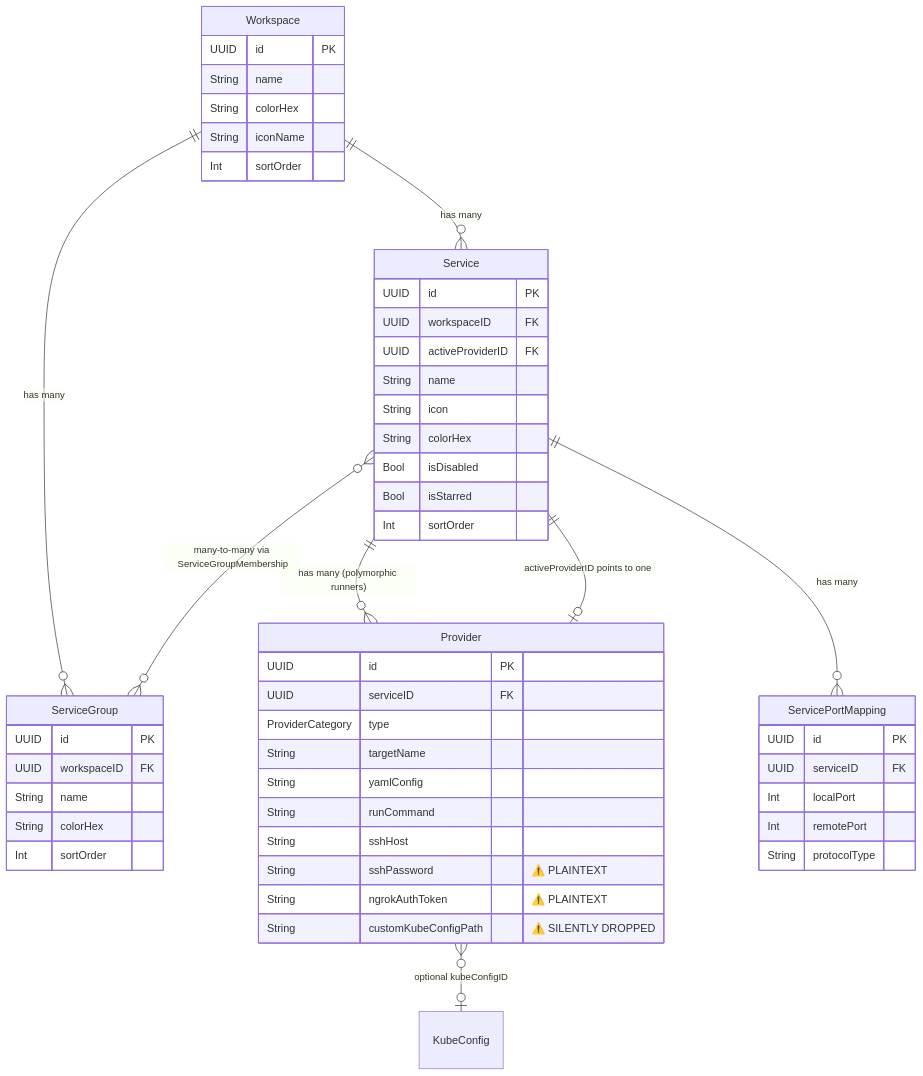
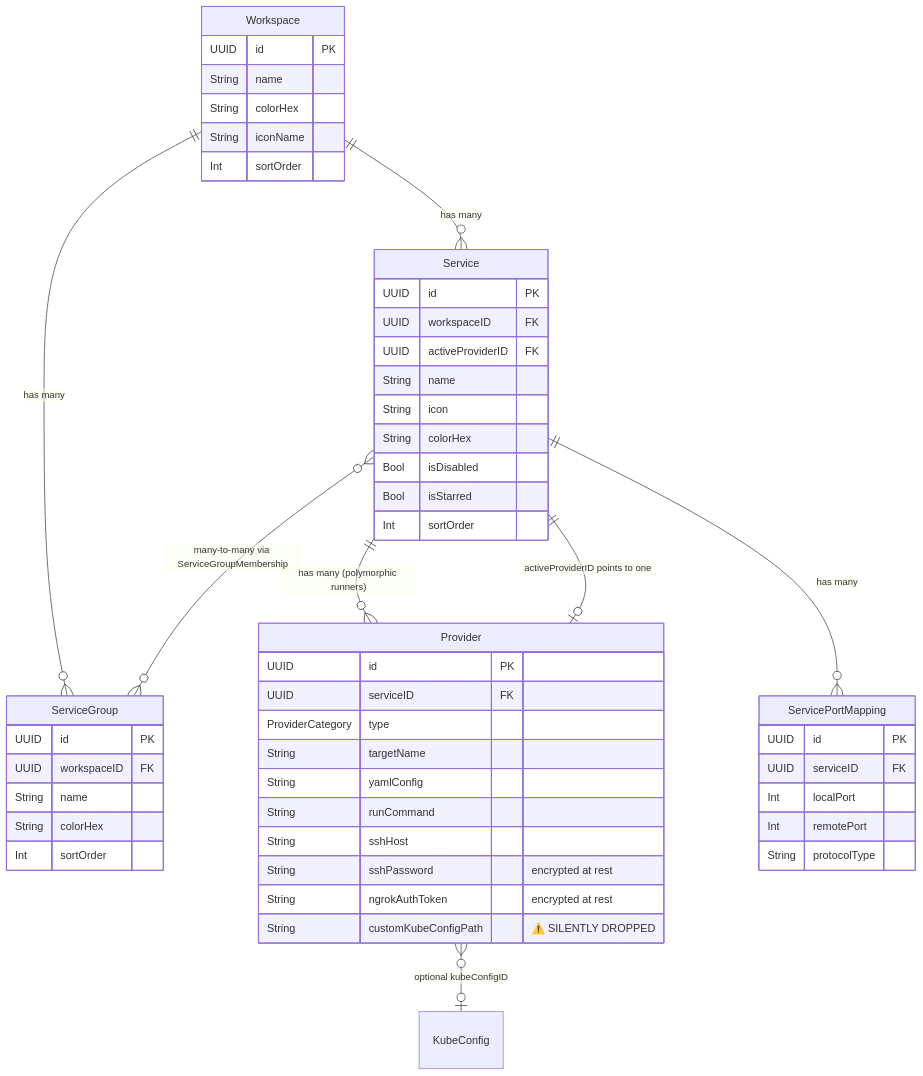
One commit to nsrvel/Kuma changed the first of 2 diagrams in docs/specs/06-services.md. Above: the diagram before and after it, drawn with Mermaid. The commit also changed other lines of this file and 59 other files, not shown here.

````diff
--- a/docs/specs/06-services.md
+++ b/docs/specs/06-services.md
@@ -277,59 +283,59 @@
 ```mermaid
 erDiagram
     Workspace ||--o{ Service : "has many"
     Workspace ||--o{ ServiceGroup : "has many"
     Service ||--o{ Provider : "has many (polymorphic runners)"
     Service ||--o{ ServicePortMapping : "has many"
     Service }o--o{ ServiceGroup : "many-to-many via ServiceGroupMembership"
     Service ||--o| Provider : "activeProviderID points to one"
     Provider }o--o| KubeConfig : "optional kubeConfigID"
 
     Workspace {
         UUID id PK
         String name
         String colorHex
         String iconName
         Int sortOrder
     }
 
     Service {
         UUID id PK
         UUID workspaceID FK
         UUID activeProviderID FK
         String name
         String icon
         String colorHex
         Bool isDisabled
         Bool isStarred
         Int sortOrder
     }
 
     Provider {
         UUID id PK
         UUID serviceID FK
         ProviderCategory type
         String targetName
         String yamlConfig
         String runCommand
         String sshHost
-        String sshPassword "⚠️ PLAINTEXT"
-        String ngrokAuthToken "⚠️ PLAINTEXT"
+        String sshPassword "encrypted at rest"
+        String ngrokAuthToken "encrypted at rest"
         String customKubeConfigPath "⚠️ SILENTLY DROPPED"
     }
 
     ServicePortMapping {
         UUID id PK
         UUID serviceID FK
         Int localPort
         Int remotePort
         String protocolType
     }
 
     ServiceGroup {
         UUID id PK
         UUID workspaceID FK
         String name
         String colorHex
         Int sortOrder
     }
 ```
````
